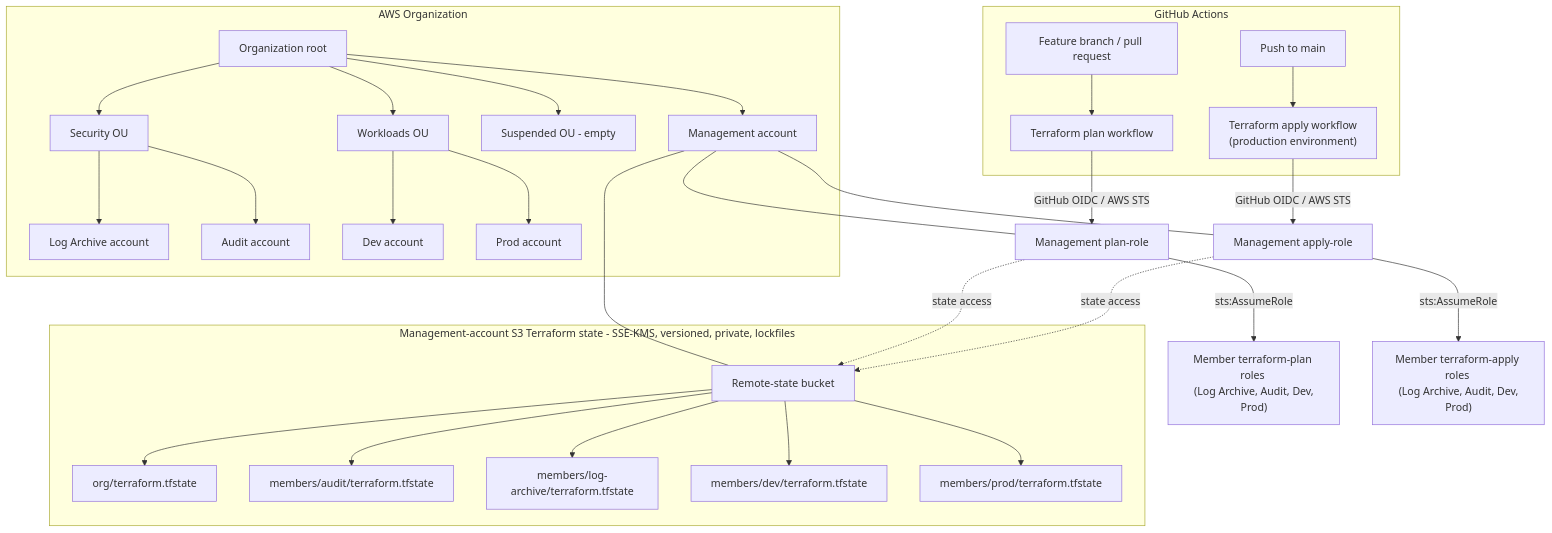
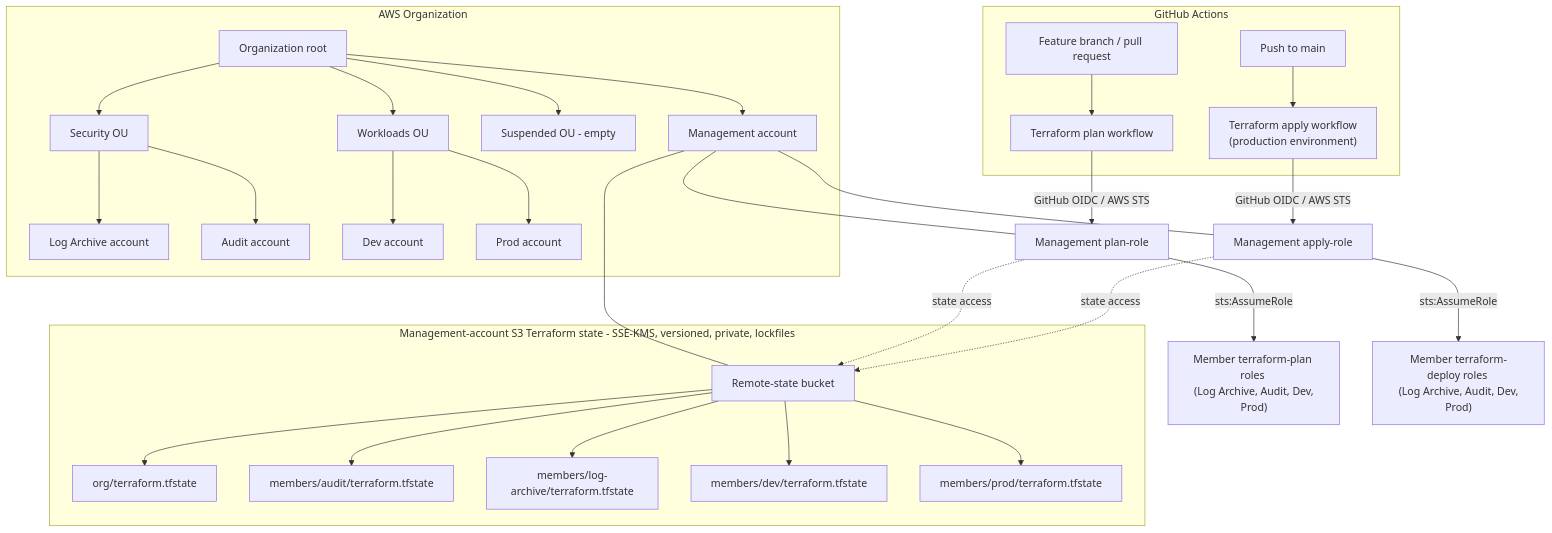
Before and after one commit to mananqayas/secure-aws-landing-zone: the diagram in README.md, drawn with Mermaid.

Commit message:
docs: fixed mermaid diagram's node title

````diff
--- a/README.md
+++ b/README.md
@@ -17,42 +17,41 @@
 ```mermaid
 flowchart TB
  subgraph CICD["GitHub Actions"]
         PR["Feature branch / pull request"]
         PLAN_WF["Terraform plan workflow"]
         MAIN["Push to main"]
         APPLY_WF["Terraform apply workflow <br>(production environment)"]
   end
  subgraph AWSORG["AWS Organization"]
         ROOT["Organization root"]
         SEC["Security OU"]
         WORK["Workloads OU"]
         SUSP["Suspended OU - empty"]
         MGMT["Management account"]
         LOG["Log Archive account"]
         AUD["Audit account"]
         DEV["Dev account"]
         PROD["Prod account"]
   end
  subgraph STATE["Management-account S3 Terraform state - SSE-KMS, versioned, private, lockfiles"]
         ORG_KEY["org/terraform.tfstate"]
         BUCKET["Remote-state bucket"]
         AUD_KEY["members/audit/terraform.tfstate"]
         LOG_KEY["members/log-archive/terraform.tfstate"]
         DEV_KEY["members/dev/terraform.tfstate"]
         PROD_KEY["members/prod/terraform.tfstate"]
   end
     ROOT --> SEC & SUSP & WORK & MGMT
     SEC --> LOG & AUD
     WORK --> DEV & PROD
     BUCKET --> ORG_KEY & LOG_KEY & AUD_KEY & DEV_KEY & PROD_KEY
     PR --> PLAN_WF
     MAIN --> APPLY_WF
     PLAN_WF -- GitHub OIDC / AWS STS --> PLAN_ROLE["Management plan-role"]
     APPLY_WF -- GitHub OIDC / AWS STS --> APPLY_ROLE["Management apply-role"]
     PLAN_ROLE -- sts:AssumeRole --> MEMBER_PLAN["Member terraform-plan roles <br> (Log Archive, Audit, Dev, Prod)"]
     APPLY_ROLE -- sts:AssumeRole --> MEMBER_APPLY["Member terraform-deploy roles <br> (Log Archive, Audit, Dev, Prod)"]
     MGMT --- BUCKET & PLAN_ROLE & APPLY_ROLE
-    MEMBER_APPLY["Member terraform-apply roles <br> (Log Archive, Audit, Dev, Prod)"]
     PLAN_ROLE -. "state access" .-> BUCKET
     APPLY_ROLE -. "state access" .-> BUCKET
 ```
````
